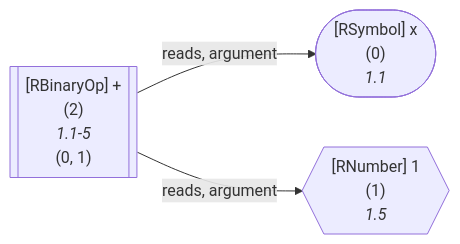
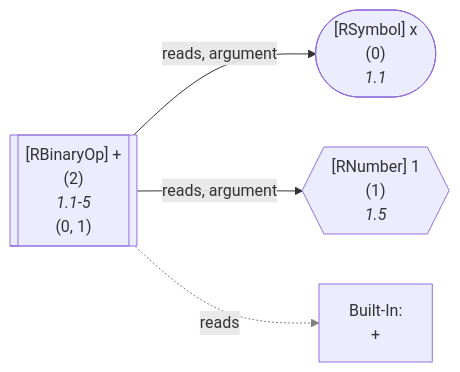
One commit to flowr-analysis/flowr changed the seventh of 9 diagrams in wiki/Query API.md. Above: the diagram before and after it, drawn with Mermaid. The commit also changed other lines of this file and 6 other files, not shown here.

````diff
--- a/wiki/Query API.md
+++ b/wiki/Query API.md
@@ -2365,15 +2597,19 @@
 ```mermaid
 flowchart LR
     0(["`#91;RSymbol#93; x
       (0)
       *1.1*`"])
     1{{"`#91;RNumber#93; 1
       (1)
       *1.5*`"}}
     2[["`#91;RBinaryOp#93; #43;
       (2)
       *1.1-5*
     (0, 1)`"]]
+    built-in:_["`Built-In:
+#43;`"]
     2 -->|"reads, argument"| 0
     2 -->|"reads, argument"| 1
+    2 -.->|"reads"| built-in:_
+    linkStyle 2 stroke:gray;
 ```
````
